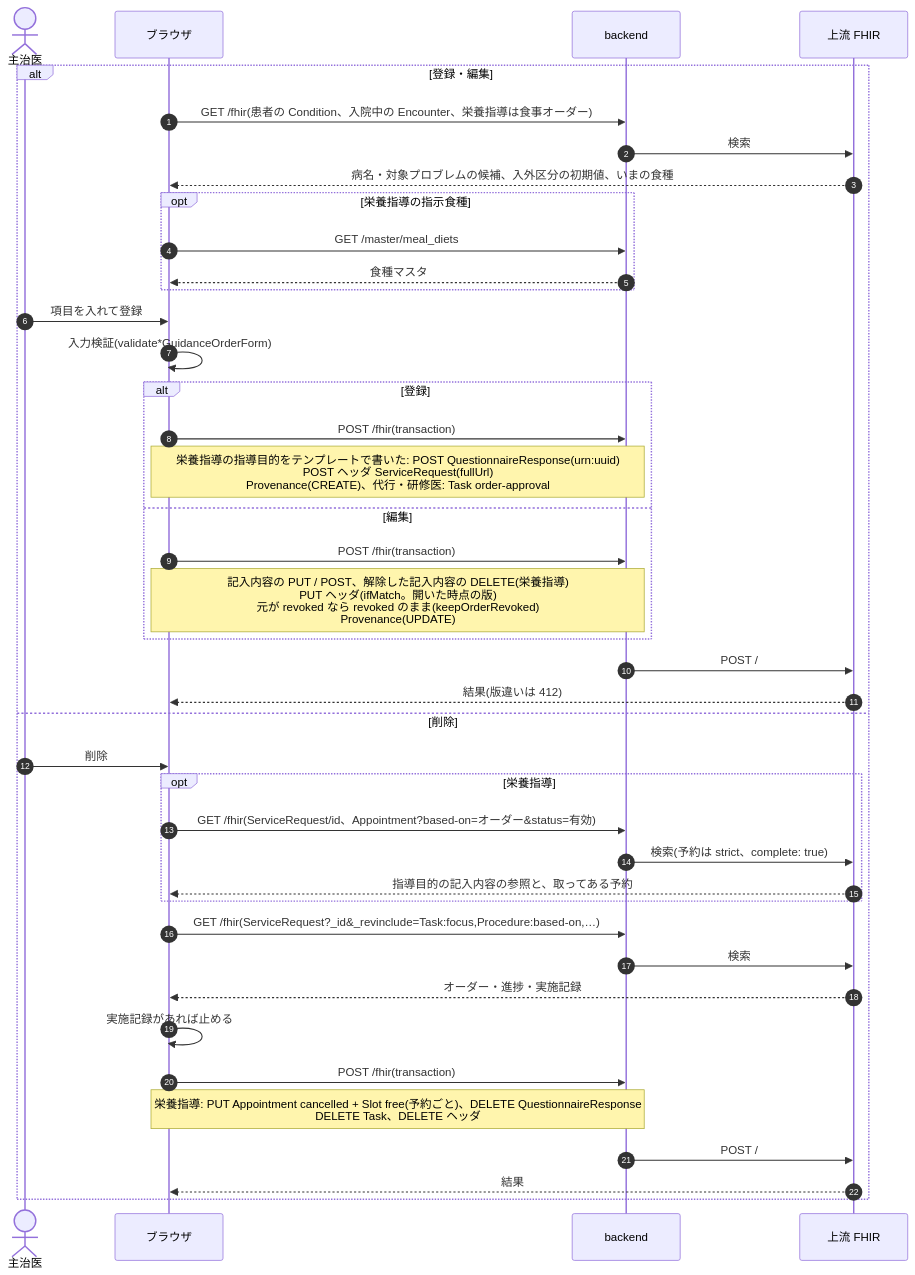
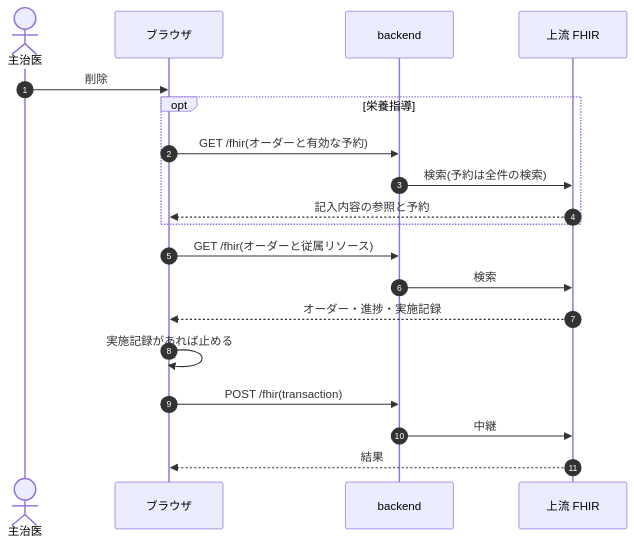
The fourth of 9 diagrams in docs/dev/guidance.md (ysnr-dev/fhir-client-docs), drawn with Mermaid before and after one commit. The commit also changed other lines of this file and 43 other files, not shown here.

Commit message:
docs: 業務フローとシーケンス図を写し直し

````diff
--- a/docs/dev/guidance.md
+++ b/docs/dev/guidance.md
@@ -58,44 +206,22 @@
 ```mermaid
 sequenceDiagram
   autonumber
   actor Dr as 主治医
   participant UI as ブラウザ
   participant BE as backend
   participant FHIR as 上流 FHIR
 
-  alt 登録・編集
-    UI->>BE: GET /fhir(患者の Condition、入院中の Encounter、栄養指導は食事オーダー)
-    BE->>FHIR: 検索
-    FHIR-->>UI: 病名・対象プロブレムの候補、入外区分の初期値、いまの食種
-    opt 栄養指導の指示食種
-      UI->>BE: GET /master/meal_diets
-      BE-->>UI: 食種マスタ
-    end
-    Dr->>UI: 項目を入れて登録
-    UI->>UI: 入力検証(validate*GuidanceOrderForm)
-    alt 登録
-      UI->>BE: POST /fhir(transaction)
-      Note over UI,BE: 栄養指導の指導目的をテンプレートで書いた: POST QuestionnaireResponse(urn:uuid)<br/>POST ヘッダ ServiceRequest(fullUrl)<br/>Provenance(CREATE)、代行・研修医: Task order-approval
-    else 編集
-      UI->>BE: POST /fhir(transaction)
-      Note over UI,BE: 記入内容の PUT / POST、解除した記入内容の DELETE(栄養指導)<br/>PUT ヘッダ(ifMatch。開いた時点の版)<br/>元が revoked なら revoked のまま(keepOrderRevoked)<br/>Provenance(UPDATE)
-    end
-    BE->>FHIR: POST /
-    FHIR-->>UI: 結果(版違いは 412)
-  else 削除
-    Dr->>UI: 削除
-    opt 栄養指導
-      UI->>BE: GET /fhir(ServiceRequest/id、Appointment?based-on=オーダー&status=有効)
-      BE->>FHIR: 検索(予約は strict、complete: true)
-      FHIR-->>UI: 指導目的の記入内容の参照と、取ってある予約
-    end
-    UI->>BE: GET /fhir(ServiceRequest?_id&_revinclude=Task:focus,Procedure:based-on,…)
-    BE->>FHIR: 検索
-    FHIR-->>UI: オーダー・進捗・実施記録
-    UI->>UI: 実施記録があれば止める
-    UI->>BE: POST /fhir(transaction)
-    Note over UI,BE: 栄養指導: PUT Appointment cancelled + Slot free(予約ごと)、DELETE QuestionnaireResponse<br/>DELETE Task、DELETE ヘッダ
-    BE->>FHIR: POST /
-    FHIR-->>UI: 結果
+  Dr->>UI: 削除
+  opt 栄養指導
+    UI->>BE: GET /fhir(オーダーと有効な予約)
+    BE->>FHIR: 検索(予約は全件の検索)
+    FHIR-->>UI: 記入内容の参照と予約
   end
+  UI->>BE: GET /fhir(オーダーと従属リソース)
+  BE->>FHIR: 検索
+  FHIR-->>UI: オーダー・進捗・実施記録
+  UI->>UI: 実施記録があれば止める
+  UI->>BE: POST /fhir(transaction)
+  BE->>FHIR: 中継
+  FHIR-->>UI: 結果
 ```
````
